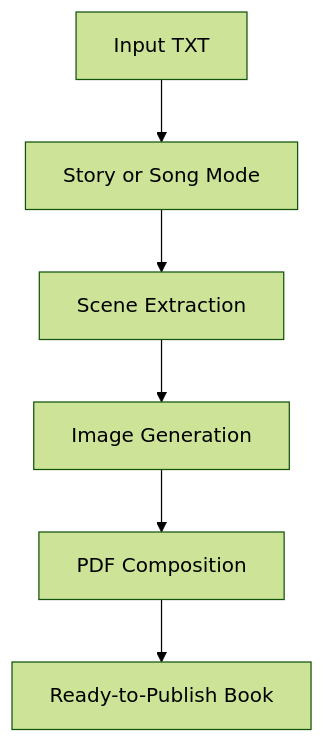
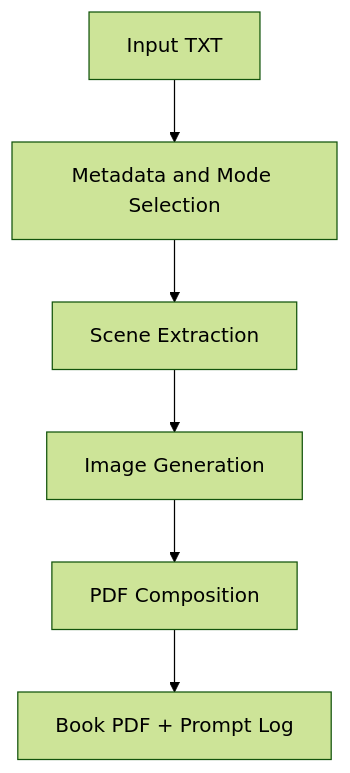
The diagram in ai_storybook_generator/README.md (TrivicM/ai-storybook-generator), drawn with Mermaid (forest theme) before and after one commit. The commit also changed other lines of this file, not shown here.

````diff
--- a/ai_storybook_generator/README.md
+++ b/ai_storybook_generator/README.md
@@ -73,8 +35,8 @@
 ```mermaid
 flowchart TD
-    A[Input TXT] --> B[Story or Song Mode]
+    A[Input TXT] --> B[Metadata and Mode Selection]
     B --> C[Scene Extraction]
     C --> D[Image Generation]
     D --> E[PDF Composition]
-    E --> F[Ready-to-Publish Book]
+    E --> F[Book PDF + Prompt Log]
 ```
````
